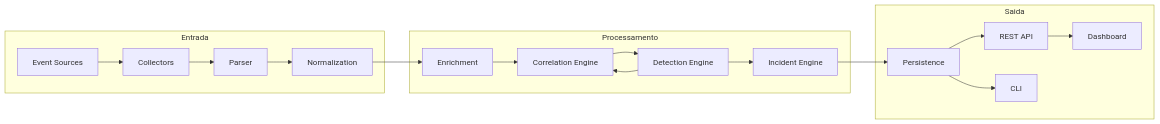
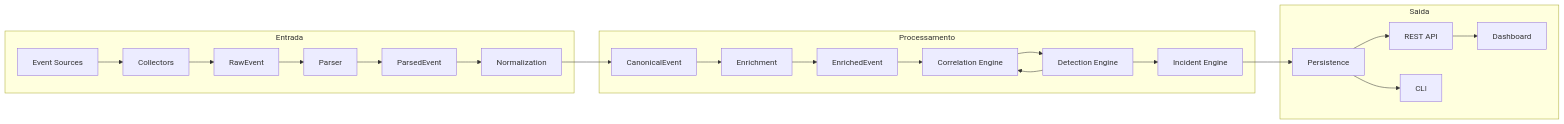
The first of 2 diagrams in docs/ARCHITECTURE.md (EDY075/EDYSIEM), drawn with Mermaid before and after one commit. The commit also changed other lines of this file and 42 other files, not shown here.

````diff
--- a/docs/ARCHITECTURE.md
+++ b/docs/ARCHITECTURE.md
@@ -8,26 +8,31 @@
 ```mermaid
 flowchart LR
     subgraph Entrada
         ES[Event Sources]
         COL[Collectors]
+        RAW[RawEvent]
         PAR[Parser]
+        PARSED[ParsedEvent]
         NORM[Normalization]
     end
     subgraph Processamento
+        CANON[CanonicalEvent]
         ENR[Enrichment]
+        ENRICHED[EnrichedEvent]
         CORR[Correlation Engine]
         DET[Detection Engine]
         INC[Incident Engine]
     end
     subgraph Saida
         PERS[Persistence]
         API[REST API]
         UI[Dashboard]
         CLI[CLI]
     end
 
-    ES --> COL --> PAR --> NORM --> ENR --> CORR --> DET --> INC --> PERS
+    ES --> COL --> RAW --> PAR --> PARSED --> NORM --> CANON --> ENR
+    ENR --> ENRICHED --> CORR --> DET --> INC --> PERS
     PERS --> API --> UI
     PERS --> CLI
     DET --> CORR
 ```
````
